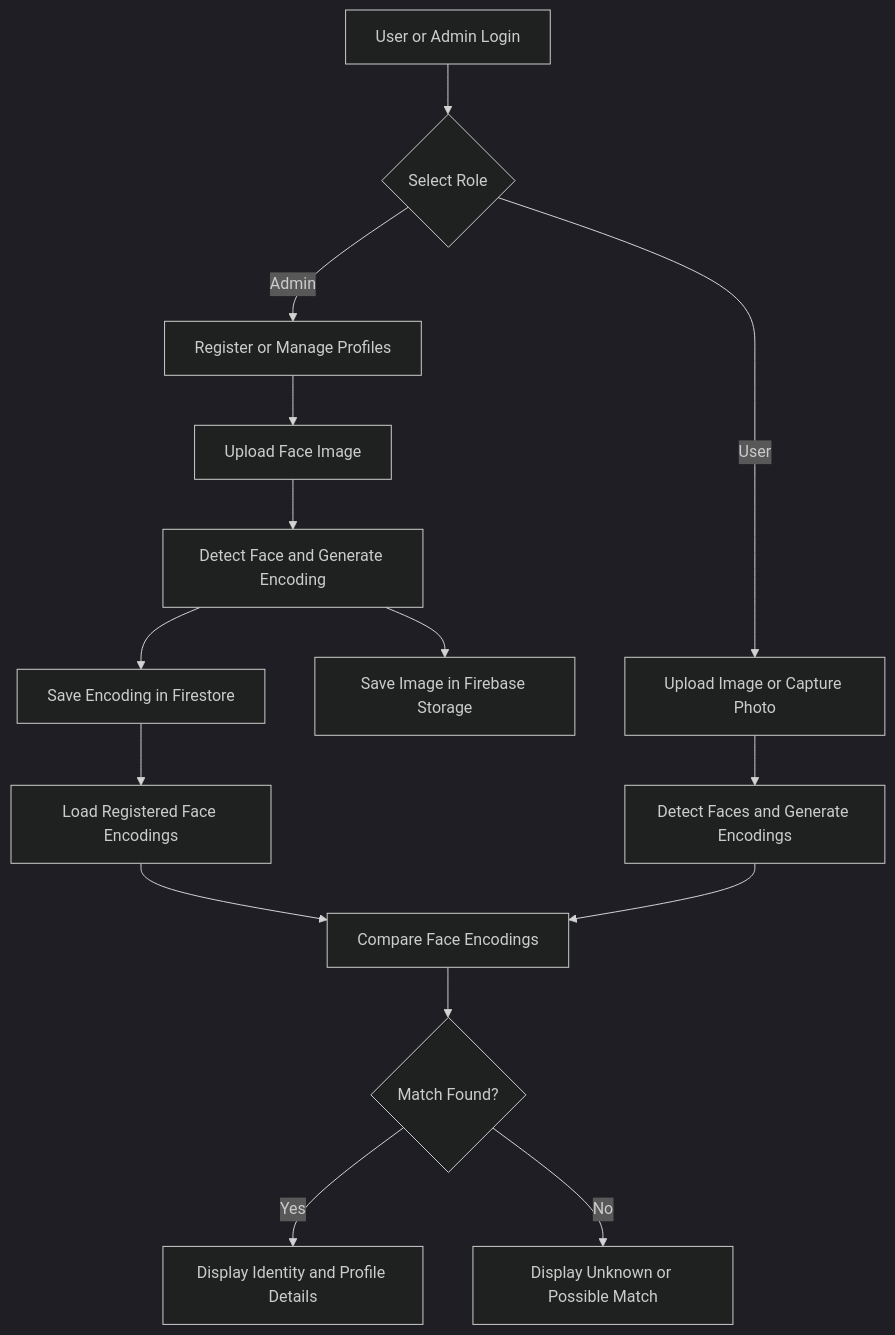
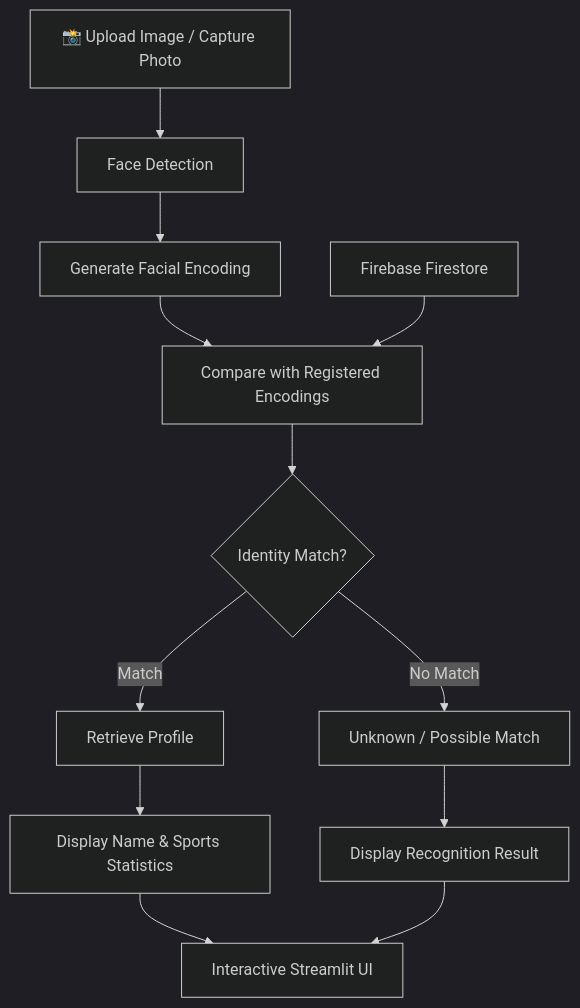
The diagram in README.md (yuvanshkalra/face-recogniser), drawn with Mermaid (dark theme) before and after one commit. The commit also changed other lines of this file, not shown here.

````diff
--- a/README.md
+++ b/README.md
@@ -75,17 +86,14 @@
 ```mermaid
 flowchart TD
-    A[User or Admin Login] --> B{Select Role}
-    B -->|Admin| C[Register or Manage Profiles]
-    C --> D[Upload Face Image]
-    D --> E[Detect Face and Generate Encoding]
-    E --> F[Save Encoding in Firestore]
-    E --> G[Save Image in Firebase Storage]
-    B -->|User| H[Upload Image or Capture Photo]
-    H --> I[Detect Faces and Generate Encodings]
-    F --> J[Load Registered Face Encodings]
-    J --> K[Compare Face Encodings]
-    I --> K
-    K --> L{Match Found?}
-    L -->|Yes| M[Display Identity and Profile Details]
-    L -->|No| N[Display Unknown or Possible Match]
+    A["📸 Upload Image / Capture Photo"] --> B["Face Detection"]
+    B --> C["Generate Facial Encoding"]
+    C --> D["Compare with Registered Encodings"]
+    E["Firebase Firestore"] --> D
+    D --> F{"Identity Match?"}
+    F -->|Match| G["Retrieve Profile"]
+    F -->|No Match| H["Unknown / Possible Match"]
+    G --> I["Display Name & Sports Statistics"]
+    H --> J["Display Recognition Result"]
+    I --> K["Interactive Streamlit UI"]
+    J --> K
 ```
````
